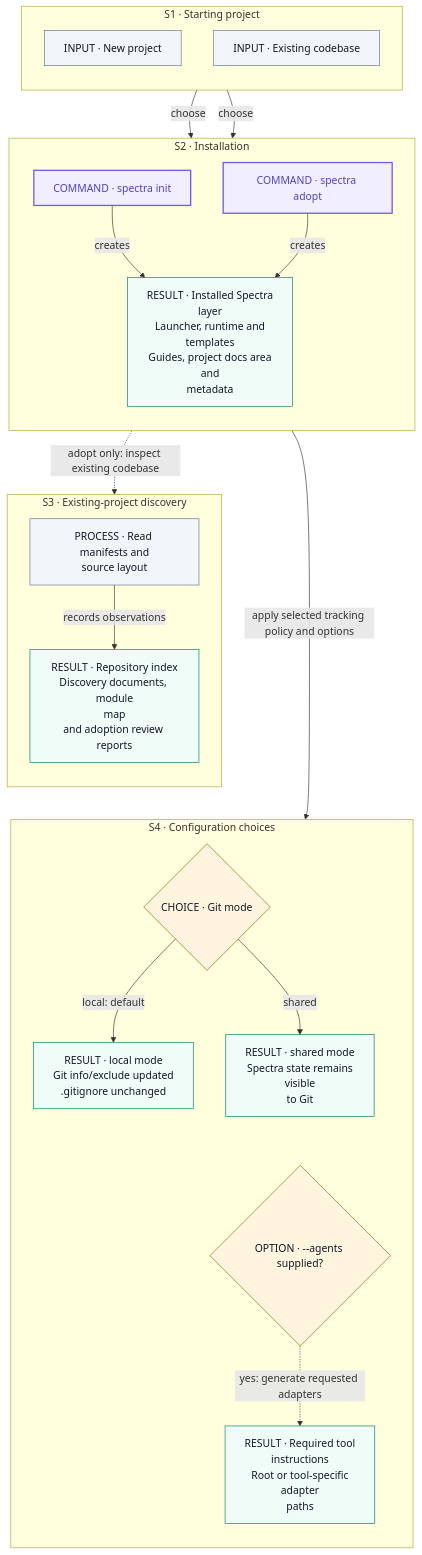
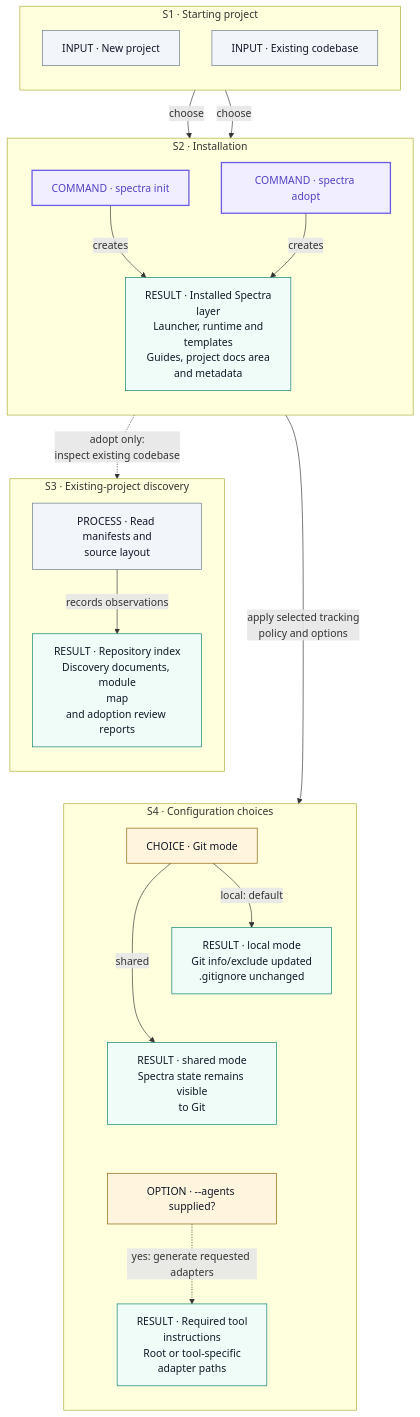
The diagram in site/assets/diagrams/setup.mmd (yunusakin/spectra), drawn with Mermaid before and after one commit. The commit also changed 14 other files, not shown here.

Commit message:
fix: reduce diagram size and remove nested vertical scrolling

```diff
--- a/site/assets/diagrams/setup.mmd
+++ b/site/assets/diagrams/setup.mmd
@@ -1,47 +1,49 @@
 flowchart TB
   accTitle: Spectra setup: starting project, installation, discovery and configuration
   accDescr: Choose init for a new project or adopt for an existing codebase. Both install the Spectra layer; adopt additionally creates discovery evidence. Git mode changes tracking policy. Adapters are generated only when requested. Matching explanation groups S1 to S4 describe the paths and preservation rules.
   subgraph SETUP_START["S1 · Starting project"]
     direction TB
     NEW["INPUT · New project"]
     EXISTING["INPUT · Existing codebase"]
   end
   subgraph SETUP_INSTALL["S2 · Installation"]
     direction TB
     INIT["COMMAND · spectra init"]
     ADOPT["COMMAND · spectra adopt"]
-    LAYER["RESULT · Installed Spectra<br/>layer<br/>Launcher, runtime and<br/>templates<br/>Guides, project docs area<br/>and<br/>metadata"]
+    LAYER["RESULT · Installed Spectra<br/>layer<br/>Launcher, runtime and<br/>templates<br/>Guides, project docs area<br/>and metadata"]
     INIT -->|creates| LAYER
     ADOPT -->|creates| LAYER
   end
   NEW -->|choose| INIT
   EXISTING -->|choose| ADOPT
   subgraph SETUP_DISCOVERY["S3 · Existing-project discovery"]
     direction TB
     READ["PROCESS · Read manifests and<br/>source layout"]
     EVIDENCE["RESULT · Repository index<br/>Discovery documents, module<br/>map<br/>and adoption review reports"]
     READ -->|records observations| EVIDENCE
   end
-  SETUP_INSTALL -.->|adopt only: inspect existing codebase| SETUP_DISCOVERY
+  ADOPT -.->|adopt only:<br/>inspect existing codebase| READ
   subgraph SETUP_CHOICES["S4 · Configuration choices"]
     direction TB
-    GIT{"CHOICE · Git mode"}
+    GIT["CHOICE · Git mode"]
     LOCAL["RESULT · local mode<br/>Git info/exclude updated<br/>.gitignore unchanged"]
-    SHARED["RESULT · shared mode<br/>Spectra state remains<br/>visible<br/>to Git"]
-    AGENTS{"OPTION · --agents supplied?"}
-    ADAPTERS["RESULT · Required tool<br/>instructions<br/>Root or tool-specific<br/>adapter<br/>paths"]
+    SHARED["RESULT · shared mode<br/>Spectra state remains visible<br/>to Git"]
+    AGENTS["OPTION · --agents supplied?"]
+    ADAPTERS["RESULT · Required tool<br/>instructions<br/>Root or tool-specific<br/>adapter paths"]
     GIT -->|local: default| LOCAL
     GIT -->|shared| SHARED
     AGENTS -.->|yes: generate requested adapters| ADAPTERS
+    %% Layout only: local and shared are alternative outcomes.
+    LOCAL ~~~ SHARED
     SHARED ~~~ AGENTS
   end
-  SETUP_INSTALL -->|apply selected tracking policy and options| SETUP_CHOICES
+  LAYER -->|apply selected tracking<br/>policy and options| GIT
   SETUP_DISCOVERY ~~~ SETUP_CHOICES
   classDef command fill:#f1eeff,stroke:#6c5ce7,color:#5143c6,stroke-width:2px;
   classDef result fill:#effcf8,stroke:#007f68,color:#121827;
   classDef condition fill:#fff5df,stroke:#8a5d00,color:#121827;
   classDef neutral fill:#f2f5fa,stroke:#64748b,color:#121827;
   class INIT,ADOPT command;
   class LAYER,EVIDENCE,LOCAL,SHARED,ADAPTERS result;
   class GIT,AGENTS condition;
   class NEW,EXISTING,READ neutral;
```
